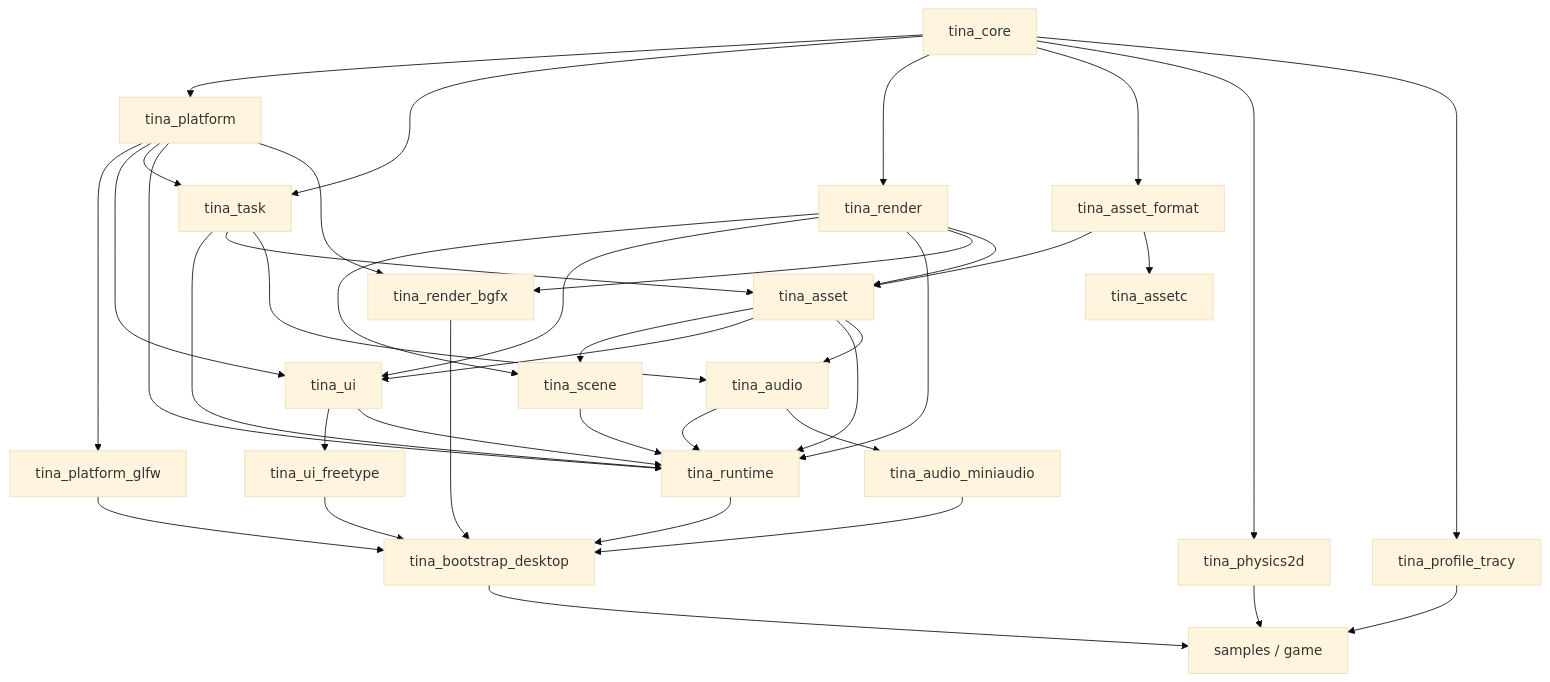
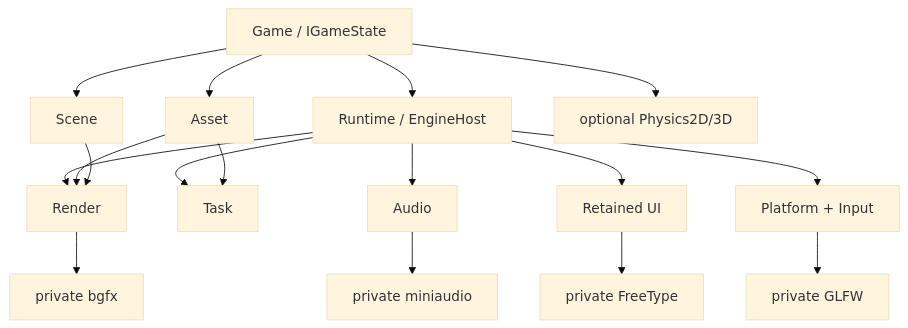
The diagram in docs/vnext-architecture.md (wuxianggujun/Tina), drawn with Mermaid (base theme) before and after one commit. The commit also changed other lines of this file and 64 other files, not shown here.

````diff
--- a/docs/vnext-architecture.md
+++ b/docs/vnext-architecture.md
@@ -69,41 +24,19 @@
 ```mermaid
 flowchart TD
-    Core["tina_core"] --> Platform["tina_platform"]
-    Platform --> Glfw["tina_platform_glfw"]
-    Core --> Task["tina_task"]
-    Core --> Render["tina_render"]
-    Render --> Scene["tina_scene"]
-    Platform --> UI["tina_ui"]
-    Render --> UI
-    UI --> Freetype["tina_ui_freetype"]
-    Platform --> Task
-    Platform --> Runtime["tina_runtime"]
-    Task --> Runtime
-    Scene --> Runtime
-    Render --> Runtime
-    UI --> Runtime
-    Render --> Bgfx["tina_render_bgfx"]
-    Platform --> Bgfx
-    Task --> Asset["tina_asset"]
-    Render --> Asset
-    Core --> AssetFormat["tina_asset_format"]
-    AssetFormat --> Asset
-    Asset --> Scene
-    Asset --> UI
-    Asset --> Runtime
-    Task --> Audio["tina_audio"]
-    Asset --> Audio
-    Audio --> Runtime
-    Audio --> Miniaudio["tina_audio_miniaudio"]
-    Core --> Physics2D["tina_physics2d"]
-    Core --> Trace["tina_profile_tracy"]
-    AssetFormat --> AssetC["tina_assetc"]
-    Runtime --> Desktop["tina_bootstrap_desktop"]
-    Bgfx --> Desktop
-    Glfw --> Desktop
-    Freetype --> Desktop
-    Miniaudio --> Desktop
-    Desktop --> Samples["samples / game"]
-    Physics2D --> Samples
-    Trace --> Samples
+    Game["Game / IGameState"] --> Runtime["Runtime / EngineHost"]
+    Runtime --> Platform["Platform + Input"]
+    Runtime --> Task["Task"]
+    Runtime --> Render["Render"]
+    Runtime --> UI["Retained UI"]
+    Runtime --> Audio["Audio"]
+    Game --> Scene["Scene"]
+    Game --> Asset["Asset"]
+    Game --> Physics["optional Physics2D/3D"]
+    Asset --> Task
+    Asset --> Render
+    Scene --> Render
+    Platform --> Glfw["private GLFW"]
+    Render --> Bgfx["private bgfx"]
+    UI --> FreeType["private FreeType"]
+    Audio --> Mini["private miniaudio"]
 ```
````
